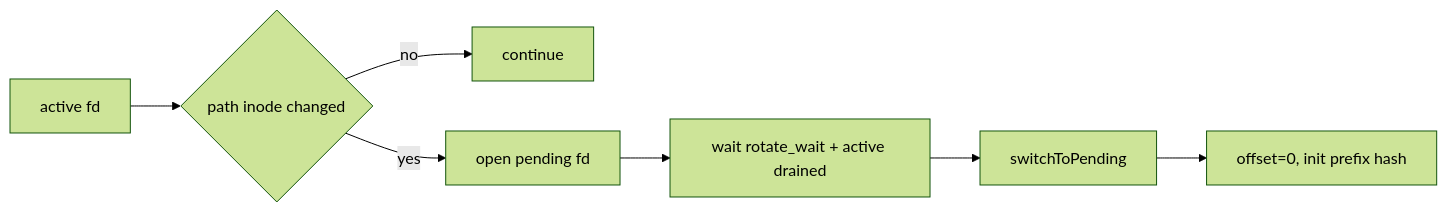
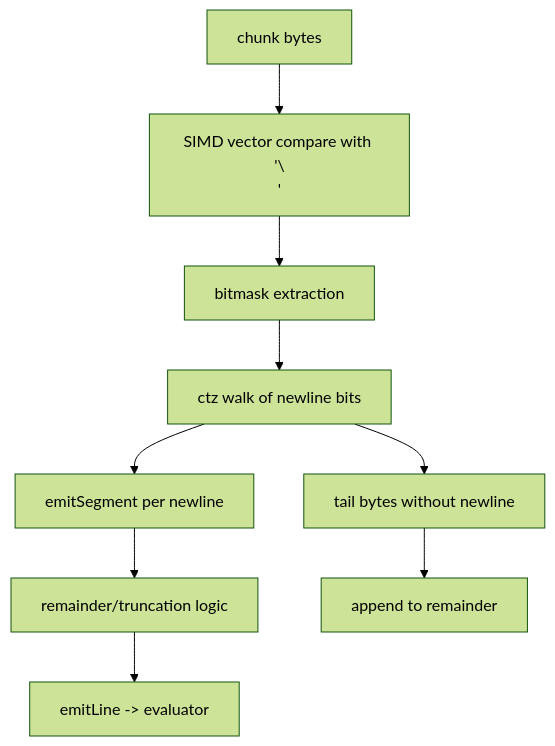
Before and after one commit to usetero/edge: the seventh of 9 diagrams in src/tail/README.md, drawn with Mermaid (forest theme). The commit also changed other lines of this file and 19 other files, not shown here.

````diff
--- a/src/tail/README.md
+++ b/src/tail/README.md
@@ -115,9 +164,11 @@
 ```mermaid
-flowchart LR
-  A[active fd] --> B{path inode changed}
-  B -- no --> C[continue]
-  B -- yes --> D[open pending fd]
-  D --> E[wait rotate_wait + active drained]
-  E --> F[switchToPending]
-  F --> G[offset=0, init prefix hash]
+flowchart TD
+  A[chunk bytes] --> B[SIMD vector compare with '\\n']
+  B --> C[bitmask extraction]
+  C --> D[ctz walk of newline bits]
+  D --> E[emitSegment per newline]
+  E --> F[remainder/truncation logic]
+  F --> G[emitLine -> evaluator]
+  D --> H[tail bytes without newline]
+  H --> I[append to remainder]
 ```
````
